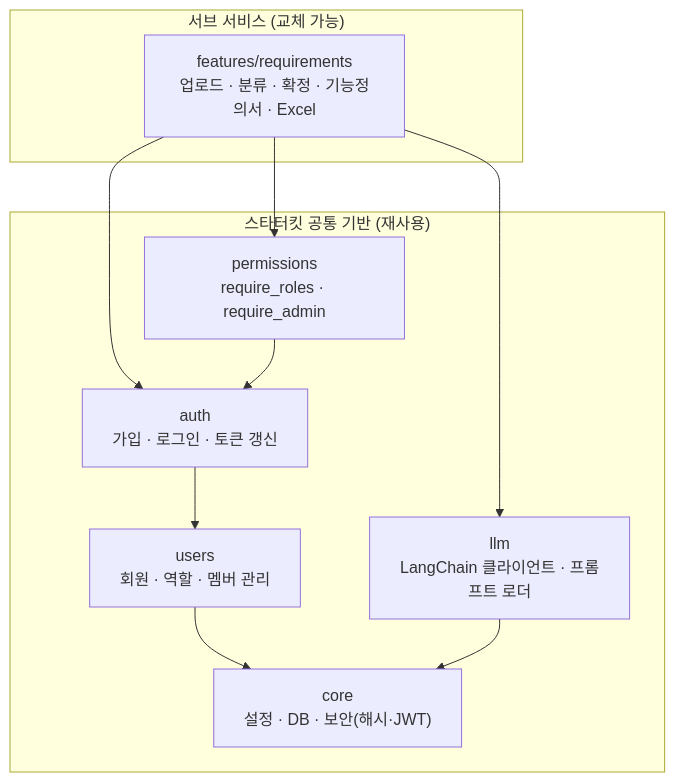
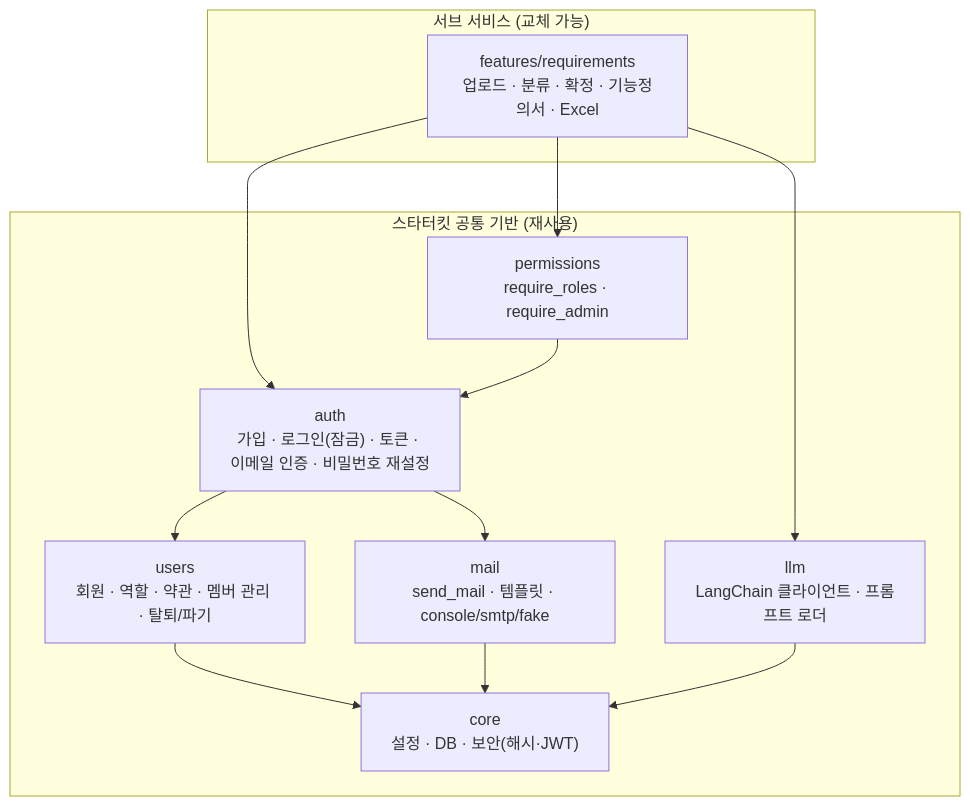
One commit to SNACKCUP/meerkit-snack changed the diagram in docs/architecture.md. Above: the diagram before and after it, drawn with Mermaid. The commit also changed other lines of this file and 6 other files, not shown here.

````diff
--- a/docs/architecture.md
+++ b/docs/architecture.md
@@ -14,20 +14,23 @@
 ```mermaid
 flowchart TB
     subgraph KIT["스타터킷 공통 기반 (재사용)"]
         core["core<br/>설정 · DB · 보안(해시·JWT)"]
-        users["users<br/>회원 · 역할 · 멤버 관리"]
-        auth["auth<br/>가입 · 로그인 · 토큰 갱신"]
+        users["users<br/>회원 · 역할 · 약관 · 멤버 관리 · 탈퇴/파기"]
+        auth["auth<br/>가입 · 로그인(잠금) · 토큰 · 이메일 인증 · 비밀번호 재설정"]
         perm["permissions<br/>require_roles · require_admin"]
         llm["llm<br/>LangChain 클라이언트 · 프롬프트 로더"]
+        mail["mail<br/>send_mail · 템플릿 · console/smtp/fake"]
     end
     subgraph FEAT["서브 서비스 (교체 가능)"]
         req["features/requirements<br/>업로드 · 분류 · 확정 · 기능정의서 · Excel"]
     end
     req --> perm
     req --> auth
     req --> llm
     perm --> auth
     auth --> users
+    auth --> mail
     users --> core
+    mail --> core
     llm --> core
 ```
````
